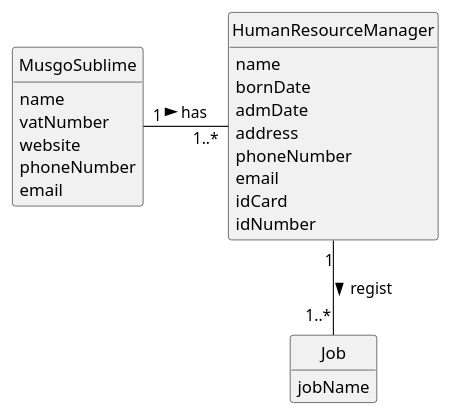
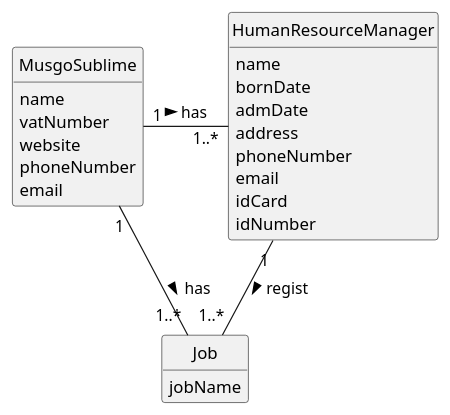
The diagram in docs/sprintA/us002/02.analysis/puml/us002-domain-model.puml (1231360-ISEP/lei-24-s2-1db-g021), drawn with PlantUML before and after one commit. The commit also changed 1 other file, not shown here.

```diff
--- a/docs/sprintA/us002/02.analysis/puml/us002-domain-model.puml
+++ b/docs/sprintA/us002/02.analysis/puml/us002-domain-model.puml
@@ -1,36 +1,37 @@
 @startuml
 skinparam monochrome true
 skinparam packageStyle rectangle
 skinparam shadowing false
 
 skinparam classAttributeIconSize 0
 
 hide circle
 hide methods
 
 class MusgoSublime {
     name
     vatNumber
     website
     phoneNumber
     email
 }
 
 class HumanResourceManager {
     name
     bornDate
     admDate
     address
     phoneNumber
     email
     idCard
     idNumber
 }
 
 class Job {
     jobName
 }
 
 MusgoSublime "1" - "1..*" HumanResourceManager: has >
 HumanResourceManager "1" -- "1..*" Job : regist >
+MusgoSublime "1" - "1..*" Job: has >
 @enduml
```
